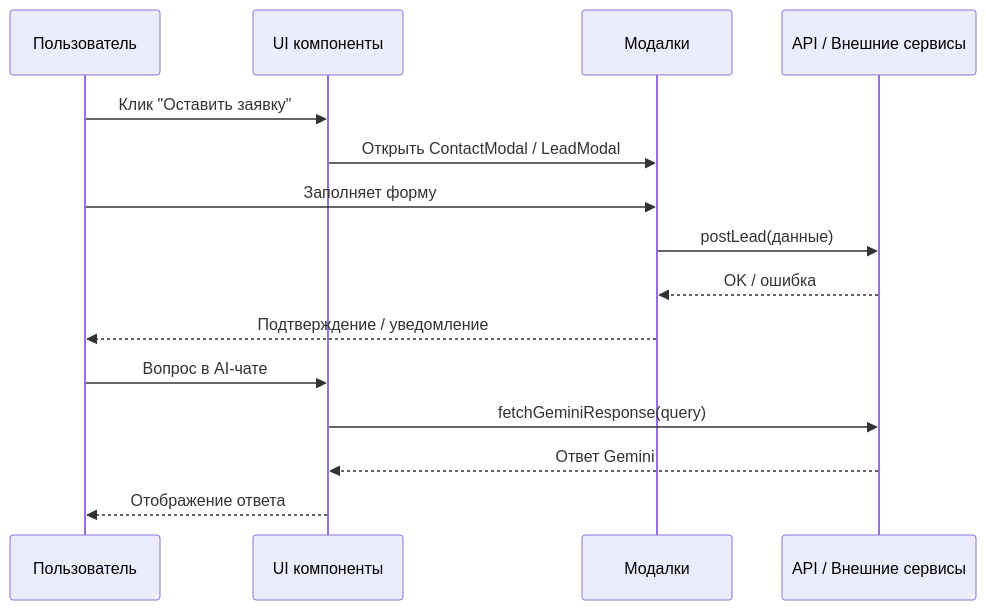
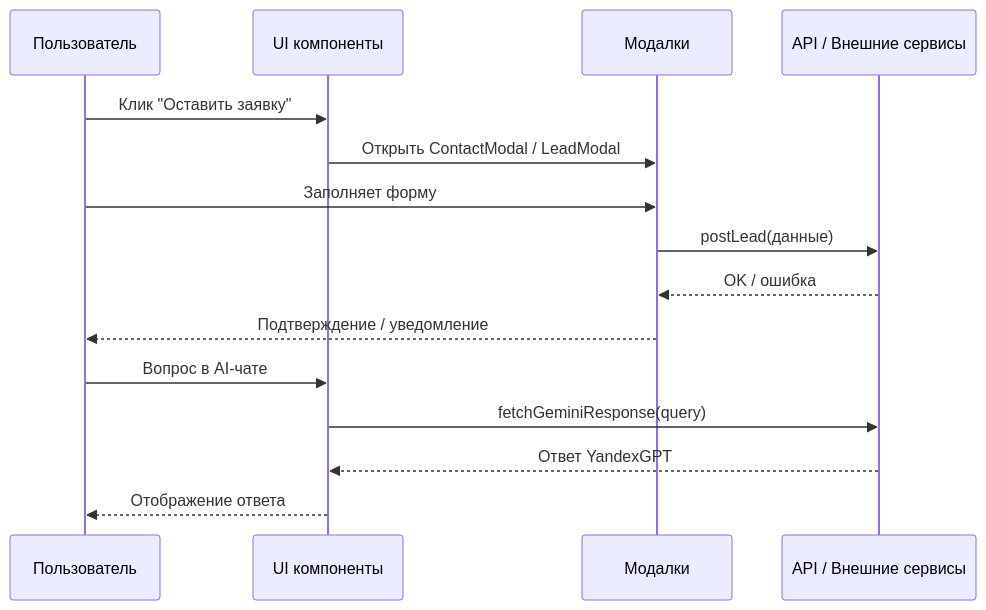
Before and after one commit to nikma27/vozduh-preview2: the second of 3 diagrams in docs/ARCHITECTURE.md, drawn with Mermaid. The commit also changed other lines of this file and 6 other files, not shown here.

Commit message:
Migrate in-site AI to YandexGPT

````diff
--- a/docs/ARCHITECTURE.md
+++ b/docs/ARCHITECTURE.md
@@ -89,19 +89,19 @@
 ```mermaid
 sequenceDiagram
     participant User as Пользователь
     participant UI as UI компоненты
     participant Modal as Модалки
     participant API as API / Внешние сервисы
 
     User->>UI: Клик "Оставить заявку"
     UI->>Modal: Открыть ContactModal / LeadModal
     User->>Modal: Заполняет форму
     Modal->>API: postLead(данные)
     API-->>Modal: OK / ошибка
     Modal-->>User: Подтверждение / уведомление
 
     User->>UI: Вопрос в AI-чате
     UI->>API: fetchGeminiResponse(query)
-    API-->>UI: Ответ Gemini
+    API-->>UI: Ответ YandexGPT
     UI-->>User: Отображение ответа
 ```
````
